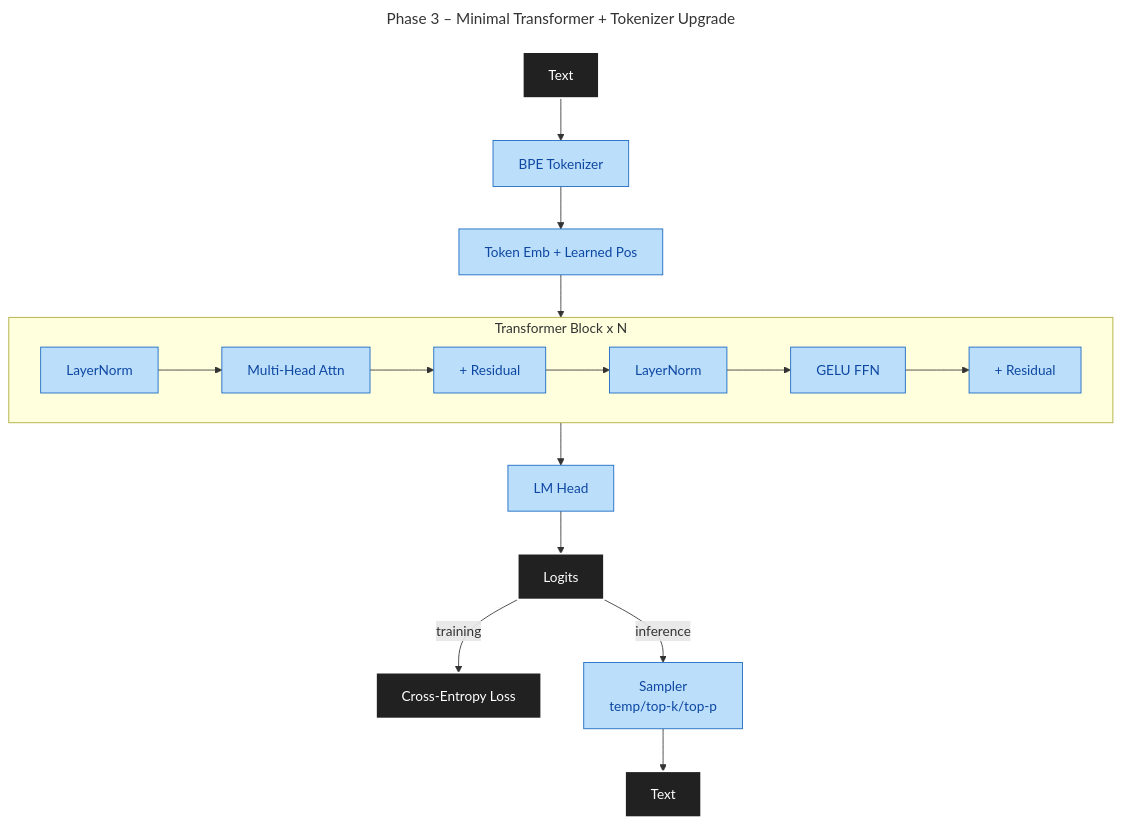
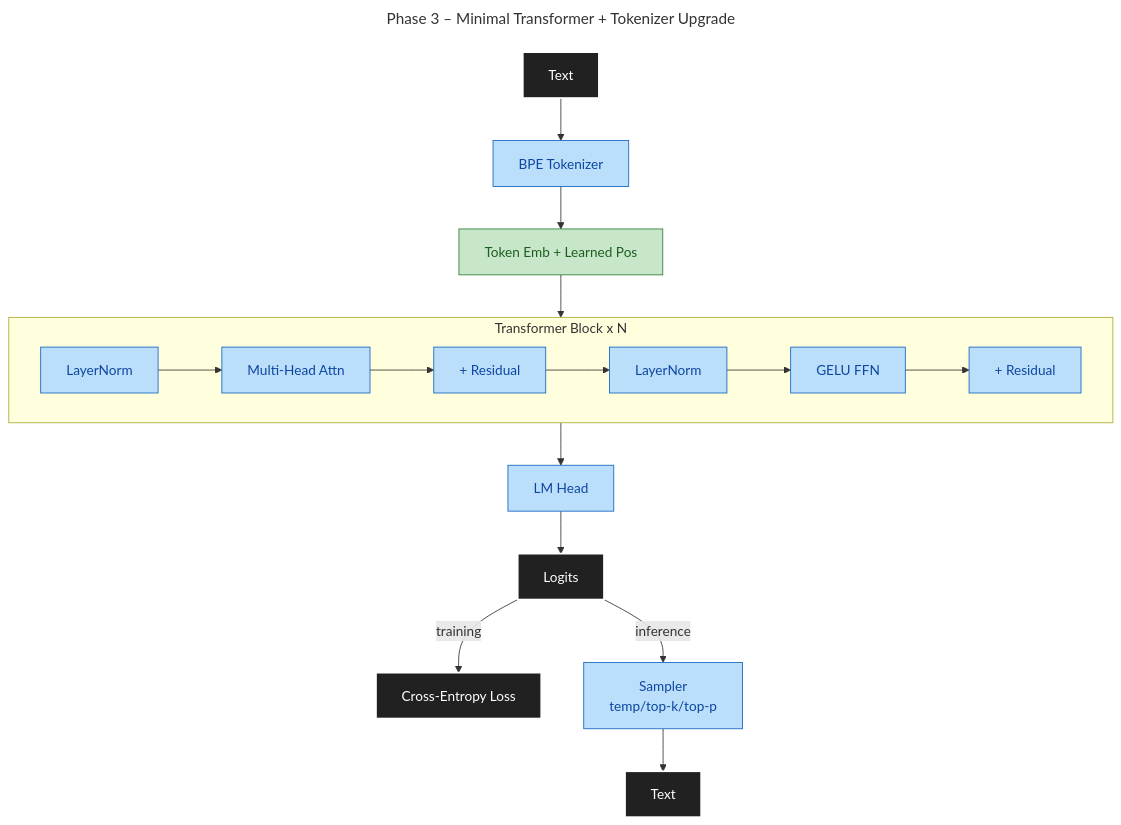
The second of 7 diagrams in docs/DESIGN.md (maxjbarfuss/max_llm), drawn with Mermaid before and after one commit.

Commit message:
fix(docs): Phase 3 diagram - Token Emb is P2 not P3
Token embeddings and learned positional embeddings were both introduced
in Phase 2 (SimpleLM). Phase 3 reuses them with BPE tokenizer.

Fixed: Token Emb + Learned Pos from :::p3 (blue) to :::p2 (green)

````diff
--- a/docs/DESIGN.md
+++ b/docs/DESIGN.md
@@ -49,16 +49,17 @@
 ```mermaid
 ---
 title: Phase 3 – Minimal Transformer + Tokenizer Upgrade
 ---
 graph TD
-    A[Text]:::io --> B[BPE Tokenizer]:::p3 --> C[Token Emb + Learned Pos]:::p3 --> Block
+    A[Text]:::io --> B[BPE Tokenizer]:::p3 --> C[Token Emb + Learned Pos]:::p2 --> Block
     subgraph Block[Transformer Block x N]
         direction LR
         D[LayerNorm]:::p3 --> E[Multi-Head Attn]:::p3 --> F[+ Residual]:::p3 --> G[LayerNorm]:::p3 --> H[GELU FFN]:::p3 --> I[+ Residual]:::p3
     end
     Block --> J[LM Head]:::p3 --> K[Logits]:::io
     K -->|training| L[Cross-Entropy Loss]:::io
     K -->|inference| M[Sampler<br/>temp/top-k/top-p]:::p3 --> N[Text]:::io
     classDef io fill:#212121,stroke:#FFFFFF,color:#FFFFFF,stroke-width:2px
+    classDef p2 fill:#C8E6C9,stroke:#2E7D32,color:#1B5E20
     classDef p3 fill:#BBDEFB,stroke:#1565C0,color:#0D47A1
 ```
````
